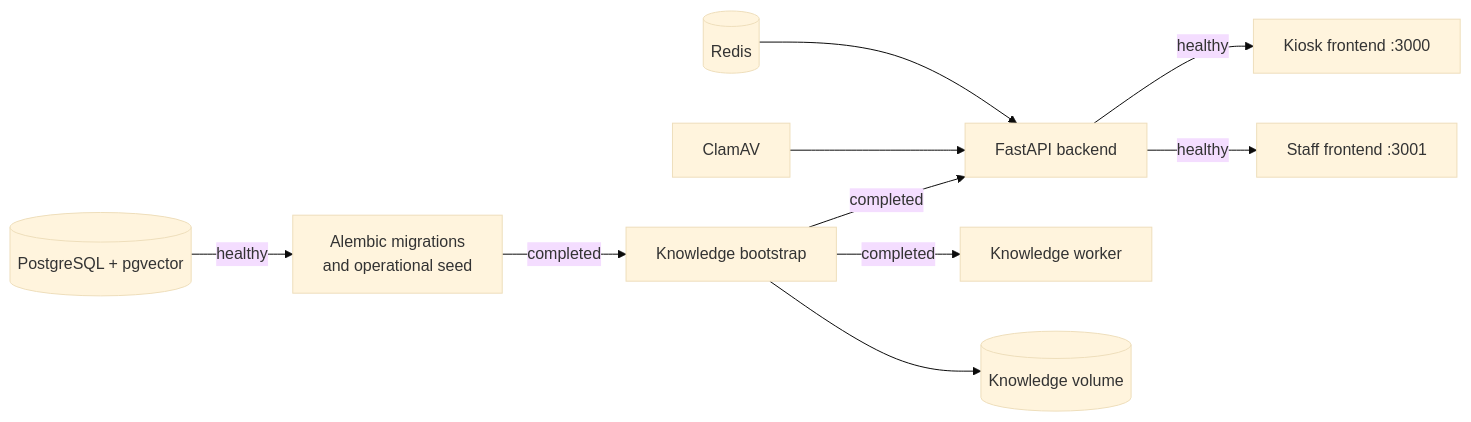
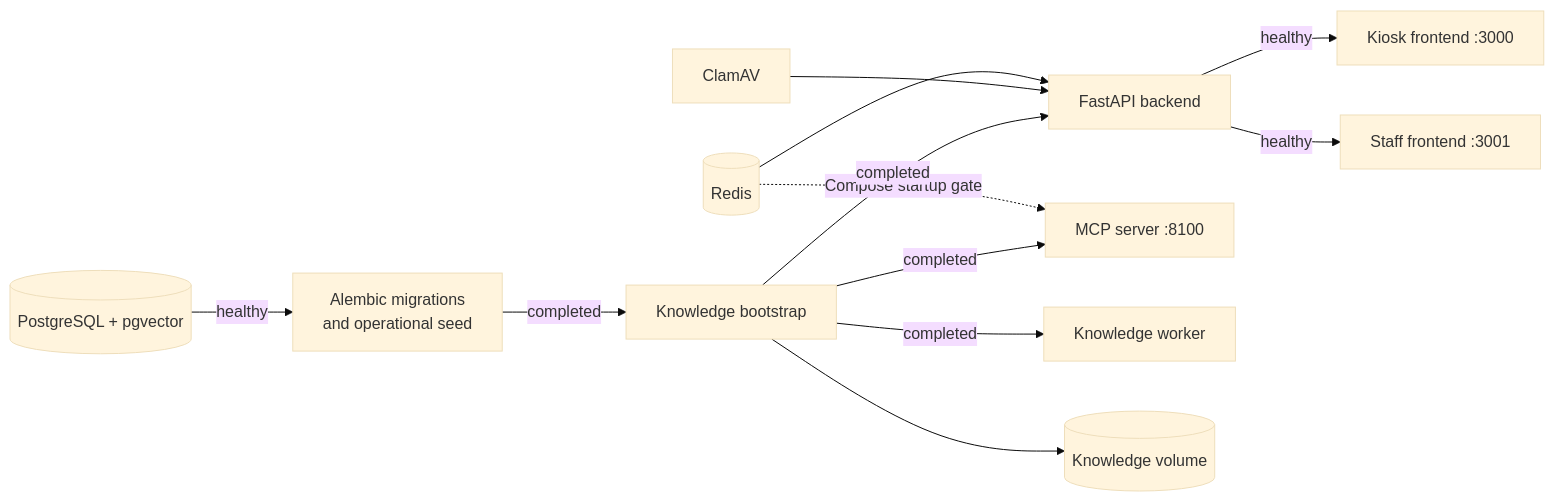
One commit to ChristianMendozaa/banking-orchestration-system changed the second of 10 diagrams in README.md. Above: the diagram before and after it, drawn with Mermaid (base theme). The commit also changed other lines of this file and 46 other files, not shown here.

````diff
--- a/README.md
+++ b/README.md
@@ -89,12 +100,14 @@
 ```mermaid
 flowchart LR
     DB[(PostgreSQL + pgvector)] -->|healthy| Migrate[Alembic migrations<br/>and operational seed]
     Redis[(Redis)] --> API
+    Redis -.->|Compose startup gate| MCP
     Scanner[ClamAV] --> API
     Migrate -->|completed| Bootstrap[Knowledge bootstrap]
     Bootstrap -->|completed| API[FastAPI backend]
     Bootstrap -->|completed| Worker[Knowledge worker]
+    Bootstrap -->|completed| MCP[MCP server :8100]
     API -->|healthy| Kiosk[Kiosk frontend :3000]
     API -->|healthy| Staff[Staff frontend :3001]
     Bootstrap --> Volume[(Knowledge volume)]
 ```
````
